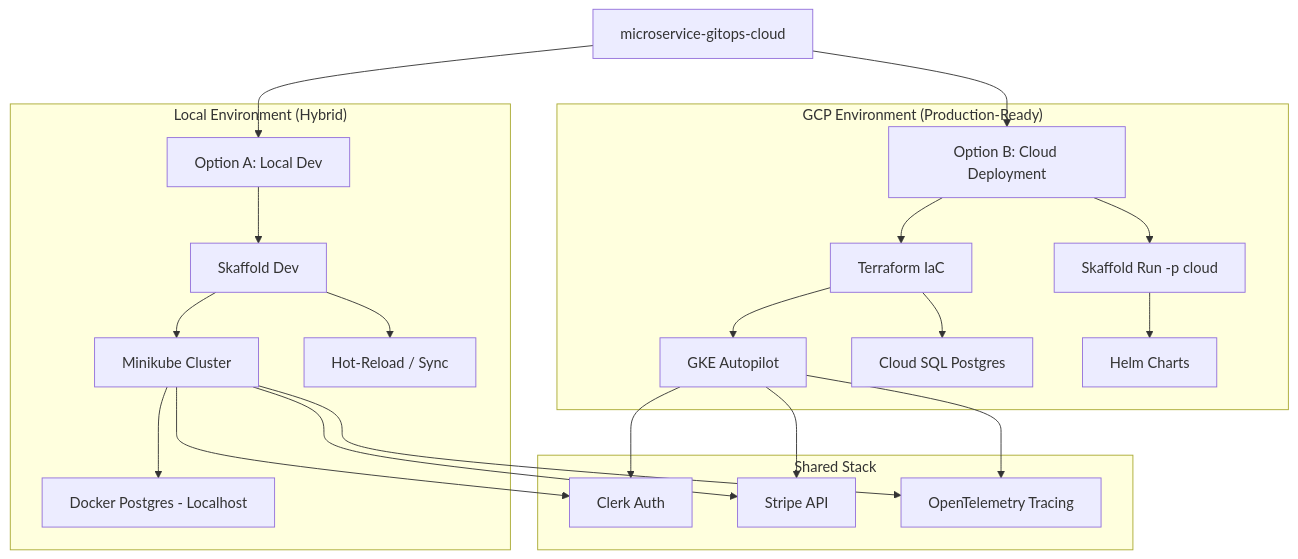
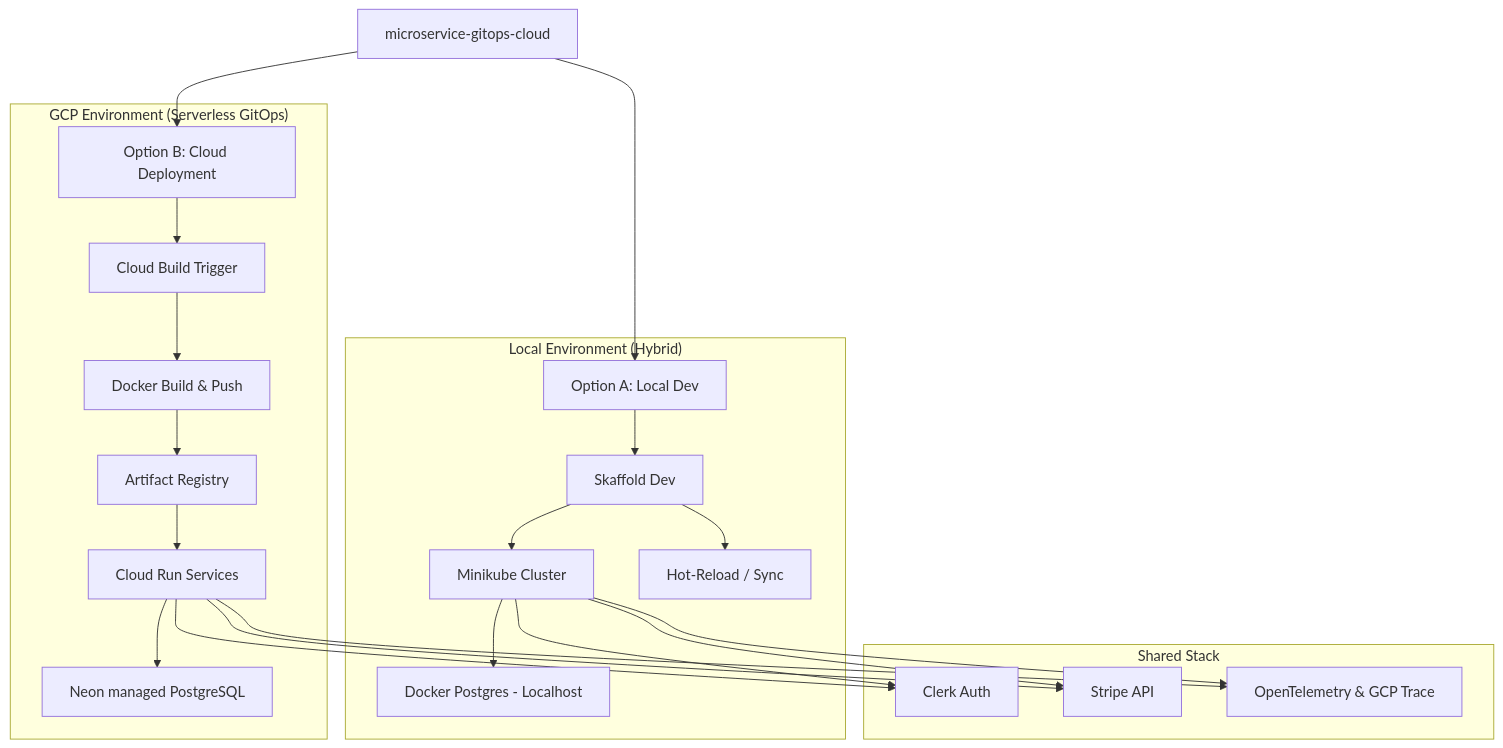
Before and after one commit to arif-js/ecommerce-microservice-gitops-fullstack-gcp: the diagram in README.md, drawn with Mermaid. The commit also changed other lines of this file and 2 other files, not shown here.

Commit message:
git ci cd

````diff
--- a/README.md
+++ b/README.md
@@ -7,26 +7,26 @@
 ```mermaid
 graph TD
     Root[microservice-gitops-cloud] --> Local[Option A: Local Dev]
     Root --> Cloud[Option B: Cloud Deployment]
 
     subgraph "Local Environment (Hybrid)"
         Local --> SkDev[Skaffold Dev]
         SkDev --> MK[Minikube Cluster]
         MK --> DB_Loc[Docker Postgres - Localhost]
         SkDev --> Sync[Hot-Reload / Sync]
     end
 
-    subgraph "GCP Environment (Production-Ready)"
-        Cloud --> TF[Terraform IaC]
-        TF --> GKE[GKE Autopilot]
-        TF --> CSQL[Cloud SQL Postgres]
-        Cloud --> SkRun[Skaffold Run -p cloud]
-        SkRun --> Helm[Helm Charts]
+    subgraph "GCP Environment (Serverless GitOps)"
+        Cloud --> CB[Cloud Build Trigger]
+        CB --> Build[Docker Build & Push]
+        Build --> AR[Artifact Registry]
+        AR --> CR[Cloud Run Services]
+        CR --> DB_Remote[Neon managed PostgreSQL]
     end
 
     subgraph "Shared Stack"
-        MK & GKE --> Auth[Clerk Auth]
-        MK & GKE --> Pay[Stripe API]
-        MK & GKE --> OTel[OpenTelemetry Tracing]
+        CR & MK --> Auth[Clerk Auth]
+        CR & MK --> Pay[Stripe API]
+        CR & MK --> OTel[OpenTelemetry & GCP Trace]
     end
 ```
````
